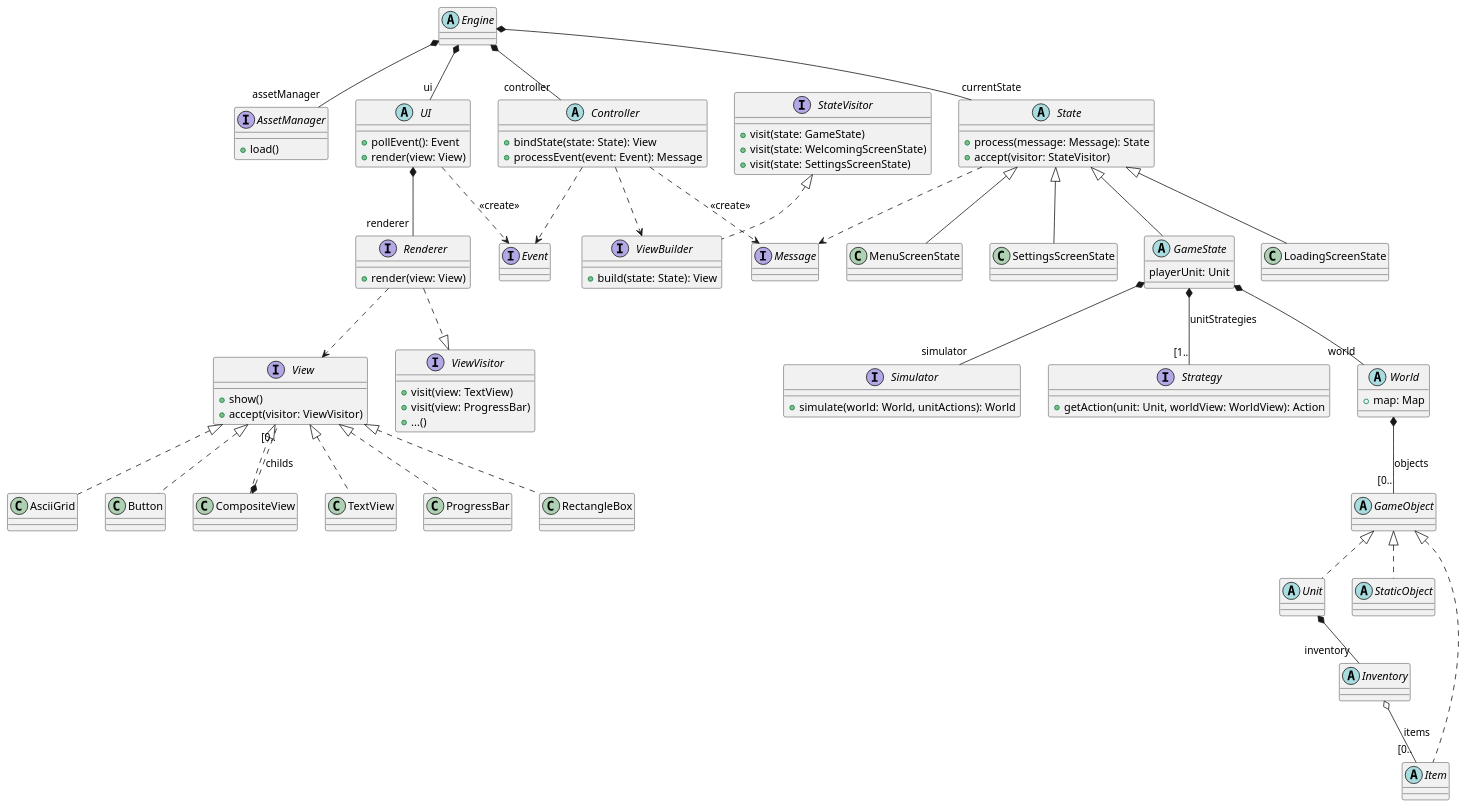
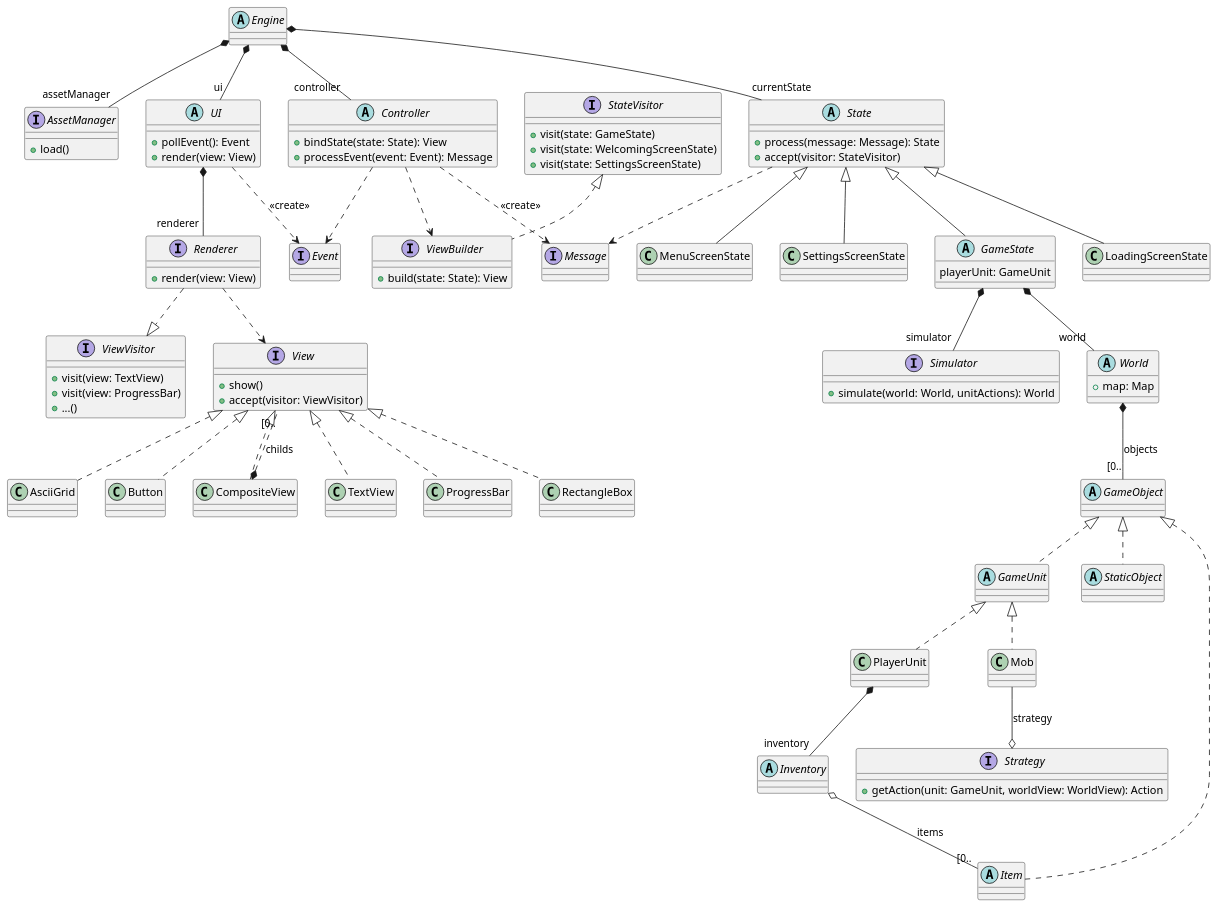
The diagram in docs/data/roguelike-class-diagram.puml (Lana243/roguelike), drawn with PlantUML before and after one commit. The commit also changed 36 other files, not shown here.

```diff
--- a/docs/data/roguelike-class-diagram.puml
+++ b/docs/data/roguelike-class-diagram.puml
@@ -1,159 +1,165 @@
 @startuml
 'https://plantuml.com/class-diagram
 
 abstract class Engine
 
 interface AssetManager {
     + load()
 }
 
 abstract class UI {
     + pollEvent(): Event
     + render(view: View)
 }
 
 abstract class Controller {
     + bindState(state: State): View
     + processEvent(event: Event): Message
 }
 
 Engine *-- "controller" Controller
 Engine *-- "assetManager" AssetManager
 Engine *-- "ui" UI
 
 interface Simulator {
     + simulate(world: World, unitActions): World
 }
 
 interface Strategy {
-    + getAction(unit: Unit, worldView: WorldView): Action
+    + getAction(unit: GameUnit, worldView: WorldView): Action
 }
 
 abstract class World {
     + map: Map
 }
 
 abstract class GameObject
 
-abstract class Unit
+abstract class GameUnit
+
+class Mob
+
+GameUnit <|.. Mob
+GameUnit <|.. PlayerUnit
+
+Mob --o Strategy : "strategy"
 
 abstract class StaticObject
 
 abstract class Item
 
 abstract class Inventory
 
 Inventory o-- "[0.." Item : "items"
 
-Unit *-- "inventory" Inventory
+PlayerUnit *-- "inventory" Inventory
 
-GameObject <|.. Unit
+GameObject <|.. GameUnit
 GameObject <|.. StaticObject
 GameObject <|.. Item
 
 interface Message
 
 Controller ..> Message : "<<create>>"
 State ..> Message
 
 
 interface Event
 
 Controller ..> Event
 UI ..> Event : "<<create>>"
 
 
 
 
 abstract class Controller
 
 Controller ..> ViewBuilder
 
 abstract class State {
     + process(message: Message): State
     + accept(visitor: StateVisitor)
 }
 
 class MenuScreenState
 
 class SettingsScreenState
 
 abstract class GameState {
-    playerUnit: Unit
+    playerUnit: GameUnit
 }
 
 class LoadingScreenState
 
 interface StateVisitor {
     + visit(state: GameState)
     + visit(state: WelcomingScreenState)
     + visit(state: SettingsScreenState)
 }
 
 
 GameState *-- "world" World
-GameState *-- "[1.." Strategy : "unitStrategies"
 GameState *-- "simulator" Simulator
 
 interface ViewBuilder {
     + build(state: State): View
 }
 
 
 StateVisitor <|.. ViewBuilder
 
 interface Renderer {
     + render(view: View)
 }
 
 interface ViewVisitor {
     + visit(view: TextView)
     + visit(view: ProgressBar)
     + ...()
 }
 
 interface View {
     + show()
     + accept(visitor: ViewVisitor)
 }
 
 class TextView
 
 class ProgressBar
 
 class RectangleBox
 
 class AsciiGrid
 
 class Button
 
 class CompositeView
 
 interface ViewBuilder
 
 Engine *-- "currentState" State
 
 State <|-- MenuScreenState
 State <|-- SettingsScreenState
 State <|-- GameState
 State <|-- LoadingScreenState
 
 View <|.. TextView
 View <|.. ProgressBar
 View <|.. RectangleBox
 View <|.. AsciiGrid
 View <|.. Button
 View <|.. CompositeView
 
 
 CompositeView *.. "[0.." View : "childs"
 
 Renderer ..|> ViewVisitor
 Renderer ..> View
 
 UI *-- "renderer" Renderer
 
 World *-- "[0.." GameObject : "objects"
 
 
 @enduml
```
